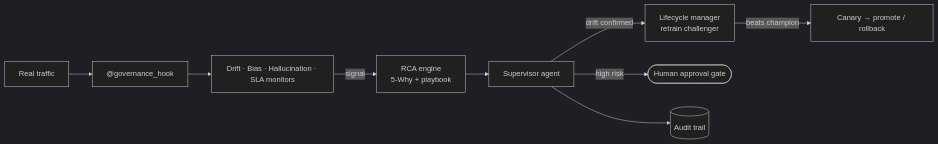
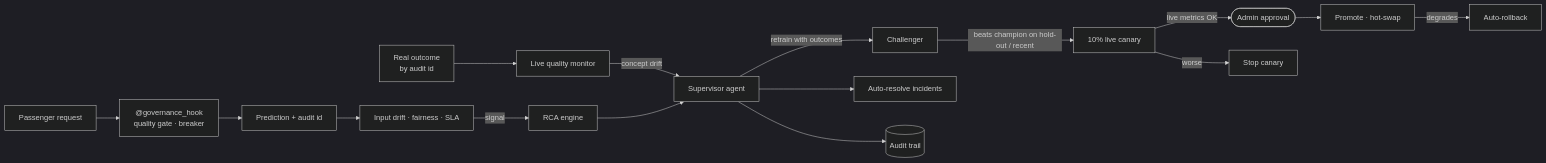
The diagram in README.md (JEEVANPRAKASHKV/ai-railway-autonomous-governance), drawn with Mermaid (dark theme) before and after one commit. The commit also changed other lines of this file and 68 other files, not shown here.

````diff
--- a/README.md
+++ b/README.md
@@ -159,11 +182,17 @@
 ```mermaid
 flowchart LR
-    T[Real traffic] --> H["@governance_hook"]
-    H --> M[Drift · Bias · Hallucination · SLA monitors]
-    M -->|signal| R[RCA engine<br/>5-Why + playbook]
-    R --> S[Supervisor agent]
-    S -->|drift confirmed| L[Lifecycle manager<br/>retrain challenger]
-    L -->|beats champion| P[Canary → promote / rollback]
-    S -->|high risk| A([Human approval gate])
-    S --> LOG[(Audit trail)]
+    T[Passenger request] --> H["@governance_hook<br/>quality gate · breaker"]
+    H --> P[Prediction + audit id]
+    P --> M[Input drift · fairness · SLA]
+    O[Real outcome<br/>by audit id] --> Q[Live quality monitor]
+    Q -->|concept drift| S[Supervisor agent]
+    M -->|signal| R[RCA engine] --> S
+    S -->|retrain with outcomes| L[Challenger]
+    L -->|beats champion on hold-out / recent| C[10% live canary]
+    C -->|live metrics OK| A([Admin approval])
+    A --> PR[Promote · hot-swap]
+    C -->|worse| X[Stop canary]
+    PR -->|degrades| RB[Auto-rollback]
+    S --> V[Auto-resolve incidents]
+    S --> AUD[(Audit trail)]
 ```
````
